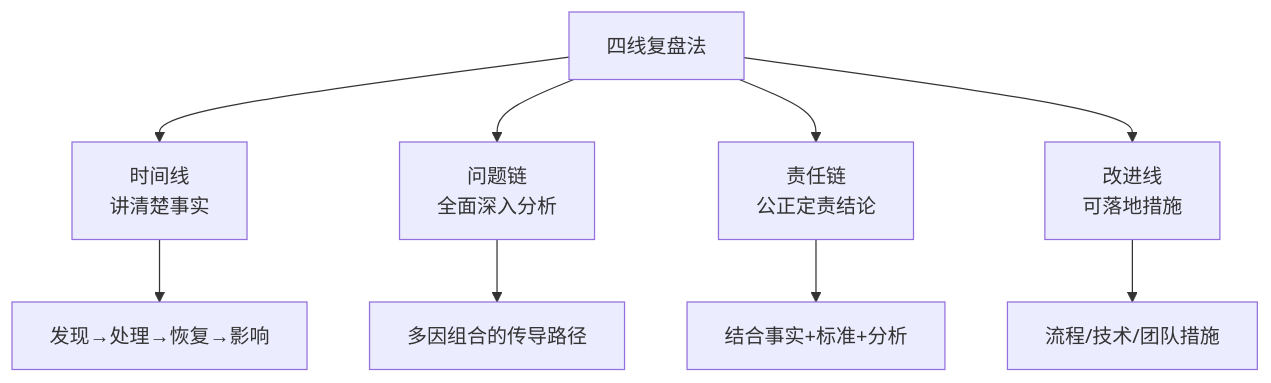
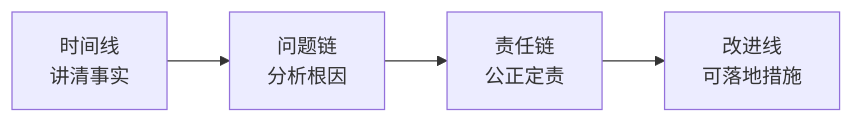
The diagram in packages/website/13.书籍/05.自我精进·成事/04.事后复盘/02.阶段复盘方法论.md (chongyang211/YCBookBlog), drawn with Mermaid before and after one commit. The commit also changed other lines of this file and 62 other files, not shown here.

````diff
--- a/packages/website/13.书籍/05.自我精进·成事/04.事后复盘/02.阶段复盘方法论.md
+++ b/packages/website/13.书籍/05.自我精进·成事/04.事后复盘/02.阶段复盘方法论.md
@@ -106,11 +98,6 @@
 ```mermaid
-graph TD
-    A[四线复盘法] --> B[时间线<br>讲清楚事实]
-    A --> C[问题链<br>全面深入分析]
-    A --> D[责任链<br>公正定责结论]
-    A --> E[改进线<br>可落地措施]
-    B --> B1[发现→处理→恢复→影响]
-    C --> C1[多因组合的传导路径]
-    D --> D1[结合事实+标准+分析]
-    E --> E1[流程/技术/团队措施]
+graph LR
+    T[时间线<br/>讲清事实] --> P[问题链<br/>分析根因]
+    P --> R[责任链<br/>公正定责]
+    R --> A[改进线<br/>可落地措施]
 ```
````
